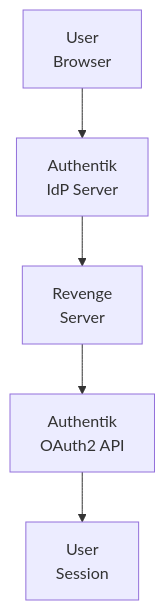
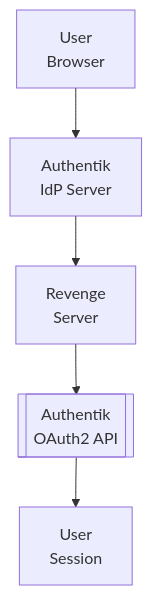
The diagram in docs/dev/design/integrations/auth/AUTHENTIK.md (lusoris/revenge), drawn with Mermaid before and after one commit. The commit also changed 208 other files, not shown here.

First line of the commit message:
feat(docs): Improve ASCII to Mermaid converter with proper box extraction

````diff
--- a/docs/dev/design/integrations/auth/AUTHENTIK.md
+++ b/docs/dev/design/integrations/auth/AUTHENTIK.md
@@ -59,12 +59,12 @@
 ```mermaid
 flowchart TD
     node1["User<br/>Browser"]
     node2["Authentik<br/>IdP Server"]
     node3["Revenge<br/>Server"]
-    node4["Authentik<br/>OAuth2 API"]
+    node4[[Authentik<br/>OAuth2 API]]
     node5["User<br/>Session"]
     node1 --> node2
     node3 --> node4
     node2 --> node3
     node4 --> node5
 ```
````
